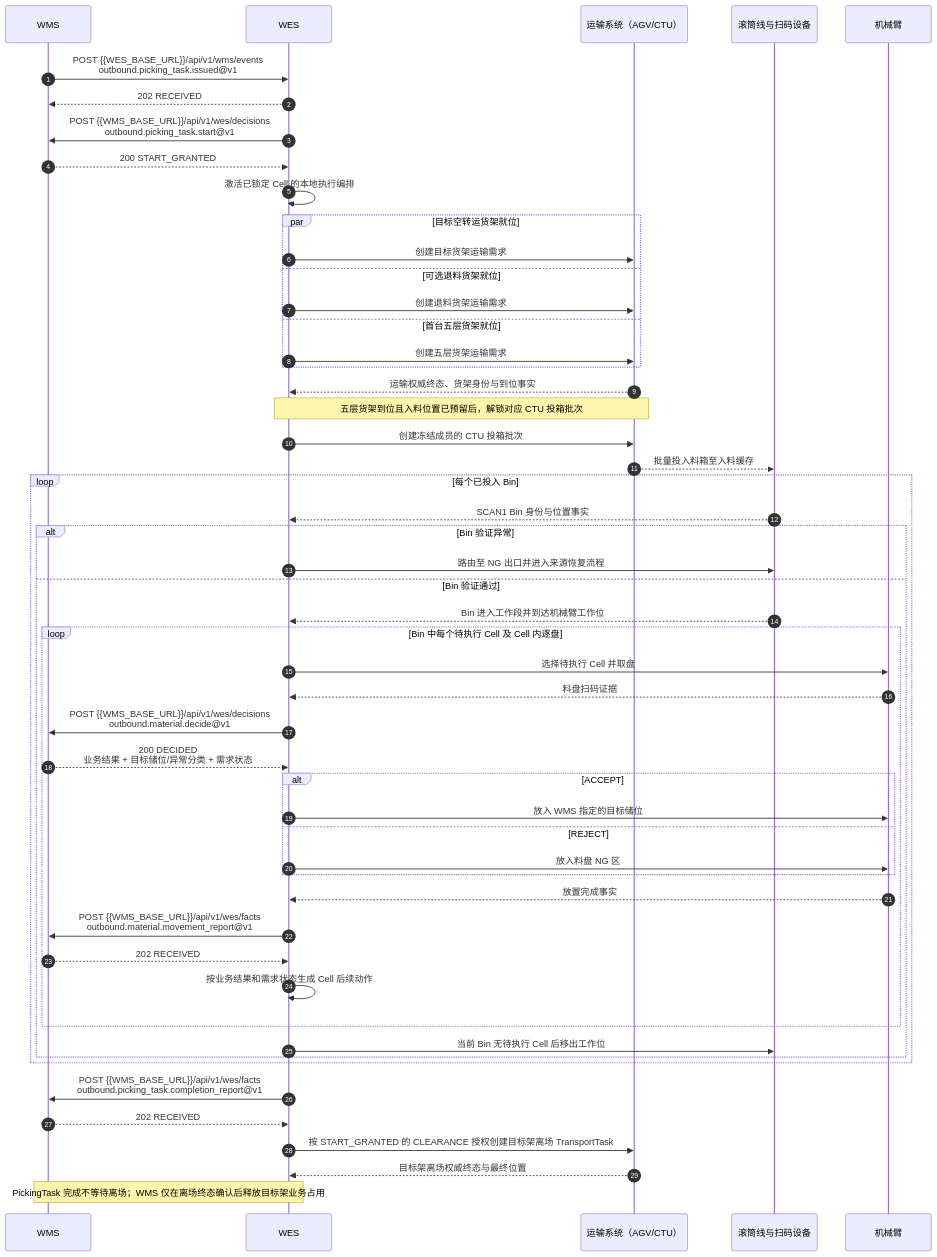
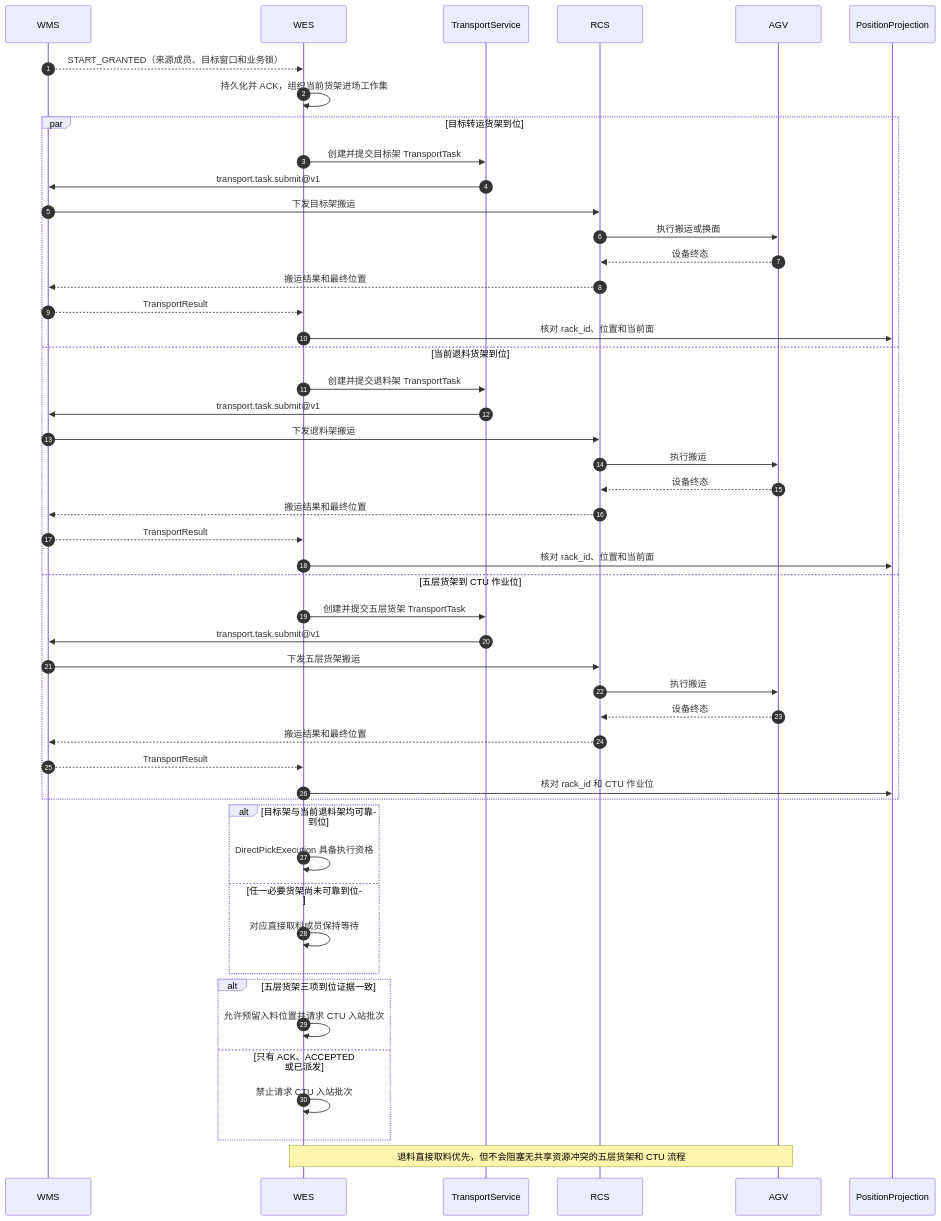
One commit to kaizhoumasha/wes_backend changed the first of 2 diagrams in docs/contracts/wms-outbound-picking-task-integration-requirements.md. Above: the diagram before and after it, drawn with Mermaid. The commit also changed other lines of this file and 124 other files, not shown here.

````diff
--- a/docs/contracts/wms-outbound-picking-task-integration-requirements.md
+++ b/docs/contracts/wms-outbound-picking-task-integration-requirements.md
@@ -240,55 +558,56 @@
 ```mermaid
 sequenceDiagram
     autonumber
     participant WMS
     participant WES
-    participant TRANS as 运输系统（AGV/CTU）
-    participant LINE as 滚筒线与扫码设备
-    participant ARM as 机械臂
+    participant TS as TransportService
+    participant RCS
+    participant AGV
+    participant POS as PositionProjection
 
-    WMS->>WES: POST {{WES_BASE_URL}}/api/v1/wms/events<br/>outbound.picking_task.issued@v1
-    WES-->>WMS: 202 RECEIVED
-    WES->>WMS: POST {{WMS_BASE_URL}}/api/v1/wes/decisions<br/>outbound.picking_task.start@v1
-    WMS-->>WES: 200 START_GRANTED
-    WES->>WES: 激活已锁定 Cell 的本地执行编排
-    par 目标空转运货架就位
-        WES->>TRANS: 创建目标货架运输需求
-    and 可选退料货架就位
-        WES->>TRANS: 创建退料货架运输需求
-    and 首台五层货架就位
-        WES->>TRANS: 创建五层货架运输需求
+    WMS-->>WES: START_GRANTED（来源成员、目标窗口和业务锁）
+    WES->>WES: 持久化并 ACK，组织当前货架进场工作集
+
+    par 目标转运货架到位
+        WES->>TS: 创建并提交目标架 TransportTask
+        TS->>WMS: transport.task.submit@v1
+        WMS->>RCS: 下发目标架搬运
+        RCS->>AGV: 执行搬运或换面
+        AGV-->>RCS: 设备终态
+        RCS-->>WMS: 搬运结果和最终位置
+        WMS-->>WES: TransportResult
+        WES->>POS: 核对 rack_id、位置和当前面
+    and 当前退料货架到位
+        WES->>TS: 创建并提交退料架 TransportTask
+        TS->>WMS: transport.task.submit@v1
+        WMS->>RCS: 下发退料架搬运
+        RCS->>AGV: 执行搬运
+        AGV-->>RCS: 设备终态
+        RCS-->>WMS: 搬运结果和最终位置
+        WMS-->>WES: TransportResult
+        WES->>POS: 核对 rack_id、位置和当前面
+    and 五层货架到 CTU 作业位
+        WES->>TS: 创建并提交五层货架 TransportTask
+        TS->>WMS: transport.task.submit@v1
+        WMS->>RCS: 下发五层货架搬运
+        RCS->>AGV: 执行搬运
+        AGV-->>RCS: 设备终态
+        RCS-->>WMS: 搬运结果和最终位置
+        WMS-->>WES: TransportResult
+        WES->>POS: 核对 rack_id 和 CTU 作业位
     end
-    TRANS-->>WES: 运输权威终态、货架身份与到位事实
-    Note over WES,TRANS: 五层货架到位且入料位置已预留后，解锁对应 CTU 投箱批次
-    WES->>TRANS: 创建冻结成员的 CTU 投箱批次
-    TRANS-->>LINE: 批量投入料箱至入料缓存
-    loop 每个已投入 Bin
-        LINE-->>WES: SCAN1 Bin 身份与位置事实
-        alt Bin 验证异常
-            WES->>LINE: 路由至 NG 出口并进入来源恢复流程
-        else Bin 验证通过
-            LINE-->>WES: Bin 进入工作段并到达机械臂工作位
-            loop Bin 中每个待执行 Cell 及 Cell 内逐盘
-                WES->>ARM: 选择待执行 Cell 并取盘
-                ARM-->>WES: 料盘扫码证据
-                WES->>WMS: POST {{WMS_BASE_URL}}/api/v1/wes/decisions<br/>outbound.material.decide@v1
-                WMS-->>WES: 200 DECIDED<br/>业务结果 + 目标储位/异常分类 + 需求状态
-                alt ACCEPT
-                    WES->>ARM: 放入 WMS 指定的目标储位
-                else REJECT
-                    WES->>ARM: 放入料盘 NG 区
-                end
-                ARM-->>WES: 放置完成事实
-                WES->>WMS: POST {{WMS_BASE_URL}}/api/v1/wes/facts<br/>outbound.material.movement_report@v1
-                WMS-->>WES: 202 RECEIVED
-                WES->>WES: 按业务结果和需求状态生成 Cell 后续动作
-            end
-            WES->>LINE: 当前 Bin 无待执行 Cell 后移出工作位
-        end
+
+    alt 目标架与当前退料架均可靠到位
+        WES->>WES: DirectPickExecution 具备执行资格
+    else 任一必要货架尚未可靠到位
+        WES->>WES: 对应直接取料成员保持等待
     end
-    WES->>WMS: POST {{WMS_BASE_URL}}/api/v1/wes/facts<br/>outbound.picking_task.completion_report@v1
-    WMS-->>WES: 202 RECEIVED
-    WES->>TRANS: 按 START_GRANTED 的 CLEARANCE 授权创建目标架离场 TransportTask
-    TRANS-->>WES: 目标架离场权威终态与最终位置
-    Note over WES,WMS: PickingTask 完成不等待离场；WMS 仅在离场终态确认后释放目标架业务占用
+
+    alt 五层货架三项到位证据一致
+        WES->>WES: 允许预留入料位置并请求 CTU 入站批次
+    else 只有 ACK、ACCEPTED 或已派发
+        WES->>WES: 禁止请求 CTU 入站批次
+    end
+
+    Note over WES,AGV: 退料直接取料优先，但不会阻塞无共享资源冲突的五层货架和 CTU 流程
 ```
````
